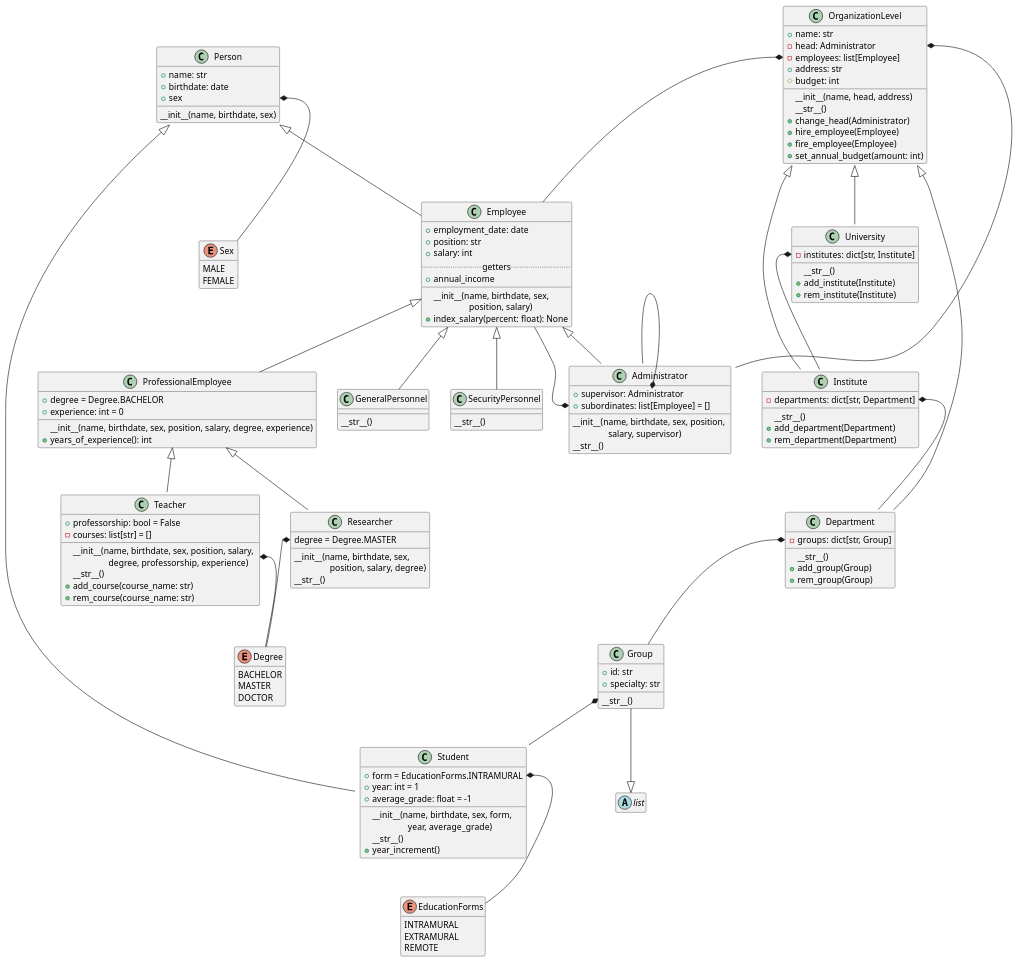
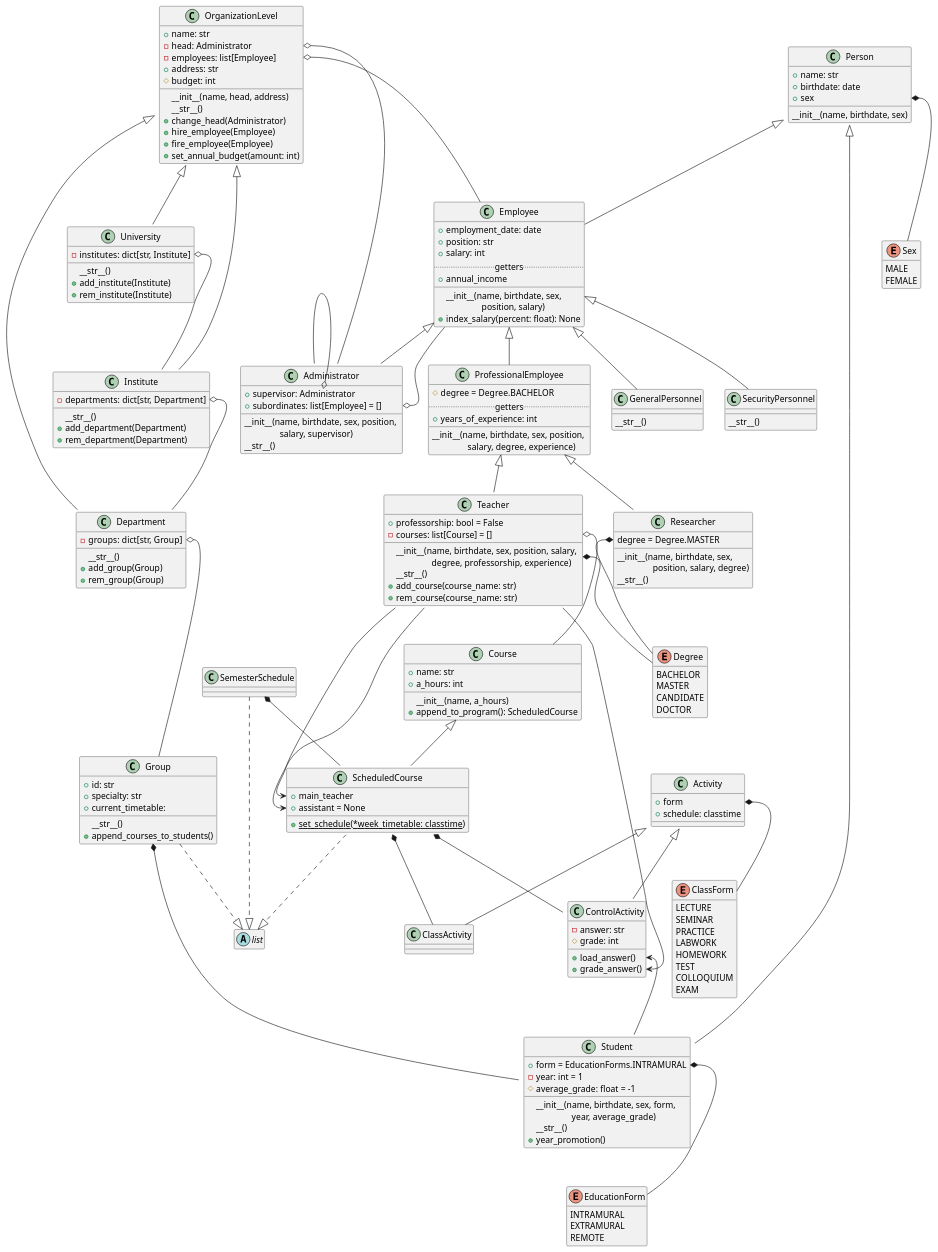
The diagram in university.puml (TOP-Python221/_scripts), drawn with PlantUML before and after one commit.

Commit message:
обновление и дополнение объектной модели Университета

```diff
--- a/university.puml
+++ b/university.puml
@@ -1,5 +1,6 @@
 @startuml
 'skinparam groupInheritance 3
+
 
 enum Sex {
     MALE
@@ -7,82 +8,45 @@
 }
 hide Sex empty members
 
+
 enum Degree {
     BACHELOR
     MASTER
+    CANDIDATE
     DOCTOR
 }
 hide Degree empty members
 
-enum EducationForms {
+
+enum EducationForm {
     INTRAMURAL
     EXTRAMURAL
     REMOTE
 }
-hide EducationForms empty members
+hide EducationForm empty members
 
 
-class Person {
-    +name: str
-    +birthdate: date
-    +sex
-    __init__(name, birthdate, sex)
+enum ClassForm {
+    LECTURE
+    SEMINAR
+    PRACTICE
+    LABWORK
+    HOMEWORK
+    TEST
+    COLLOQUIUM
+    EXAM
 }
+hide ClassForm empty members
 
-class Employee {
-    +employment_date: date
-    +position: str
-    +salary: int
-    .. getters ..
-    +annual_income
-    __
-    __init__(name, birthdate, sex, \n\t\tposition, salary)
-    +index_salary(percent: float): None
-}
 
-class ProfessionalEmployee {
-    +degree = Degree.BACHELOR
-    +experience: int = 0
-    __init__(name, birthdate, sex, position, salary, degree, experience)
-    +years_of_experience(): int
-}
+abstract list
+hide list empty members
 
-class Teacher {
-    +professorship: bool = False
-    -courses: list[str] = []
-    __init__(name, birthdate, sex, position, salary, \n\t\tdegree, professorship, experience)
-    __str__()
-    +add_course(course_name: str)
-    +rem_course(course_name: str)
-}
 
-class Researcher {
-    degree = Degree.MASTER
-    __init__(name, birthdate, sex, \n\t\tposition, salary, degree)
-    __str__()
-}
+abstract dict
+hide dict empty members
+hide dict
 
-class GeneralPersonnel
-GeneralPersonnel : __str__()
-
-class SecurityPersonnel
-SecurityPersonnel : __str__()
-
-class Administrator {
-    +supervisor: Administrator
-    +subordinates: list[Employee] = []
-    __init__(name, birthdate, sex, position, \n\t\tsalary, supervisor)
-    __str__()
-}
-
-class Student {
-    +form = EducationForms.INTRAMURAL
-    +year: int = 1
-    +average_grade: float = -1
-    __init__(name, birthdate, sex, form, \n\t\tyear, average_grade)
-    __str__()
-    +year_increment()
-}
 
 
 class OrganizationLevel {
@@ -98,6 +62,14 @@
     +fire_employee(Employee)
     +set_annual_budget(amount: int)
 }
+OrganizationLevel <|-- University
+OrganizationLevel <|-- Institute
+OrganizationLevel <|-- Department
+OrganizationLevel::head o-- Administrator
+OrganizationLevel::employees o-- Employee
+
+University::institutes o-- Institute
+
 
 class University {
     -institutes: dict[str, Institute]
@@ -106,12 +78,15 @@
     +rem_institute(Institute)
 }
 
+
 class Institute {
     -departments: dict[str, Department]
     __str__()
     +add_department(Department)
     +rem_department(Department)
 }
+Institute::departments o-- Department
+
 
 class Department {
     -groups: dict[str, Group]
@@ -119,47 +94,158 @@
     +add_group(Group)
     +rem_group(Group)
 }
+Department::groups o-- Group
 
 
-abstract list
 class Group {
     +id: str
     +specialty: str
+    +current_timetable:
+    __str__()
+    +append_courses_to_students()
+}
+Group ..|> list
+Group *-- Student
+
+
+
+class SemesterSchedule
+SemesterSchedule ..|> list
+SemesterSchedule *-- ScheduledCourse
+
+
+class Course {
+    +name: str
+    +a_hours: int
+    __init__(name, a_hours)
+    +append_to_program(): ScheduledCourse
+}
+Course <|-- ScheduledCourse
+
+
+class ScheduledCourse {
+'    +schedule: list[Activity]
+    +main_teacher
+    +assistant = None
+    {static} +set_schedule(*week_timetable: classtime)
+}
+ScheduledCourse ..|> list
+ScheduledCourse *-- ClassActivity
+ScheduledCourse *-- ControlActivity
+ScheduledCourse::main_teacher <-- Teacher
+ScheduledCourse::assistant <-- Teacher
+'note left of ScheduledCourse::schedule
+'    classtime = tuple[datetime, timedelta]
+'end note
+
+
+class Activity {
+    +form
+    +schedule: classtime
+}
+Activity <|-- ClassActivity
+Activity <|-- ControlActivity
+Activity::form *-- ClassForm
+
+
+class ClassActivity
+
+
+class ControlActivity {
+    -answer: str
+    #grade: int
+    +load_answer()
+    +grade_answer()
+}
+ControlActivity::load_answer <-- Student
+ControlActivity::grade_answer <-- Teacher
+
+
+
+class Student {
+    +form = EducationForms.INTRAMURAL
+    -year: int = 1
+    #average_grade: float = -1
+    __init__(name, birthdate, sex, form, \n\t\tyear, average_grade)
+    __str__()
+    +year_promotion()
+}
+Student::form *-- EducationForm
+
+
+class Teacher {
+    +professorship: bool = False
+    -courses: list[Course] = []
+    __init__(name, birthdate, sex, position, salary, \n\t\tdegree, professorship, experience)
+    __str__()
+    +add_course(course_name: str)
+    +rem_course(course_name: str)
+}
+Teacher::degree *-- Degree
+Teacher::courses o-- Course
+
+
+class Researcher {
+    degree = Degree.MASTER
+    __init__(name, birthdate, sex, \n\t\tposition, salary, degree)
     __str__()
 }
-hide list empty members
+Researcher::degree *-- Degree
 
 
-OrganizationLevel <|-- University
-OrganizationLevel <|-- Institute
-OrganizationLevel <|-- Department
+class ProfessionalEmployee {
+    #degree = Degree.BACHELOR
+    .. getters ..
+    +years_of_experience: int
+    __
+    __init__(name, birthdate, sex, position, \n\t\tsalary, degree, experience)
+}
+ProfessionalEmployee <|-- Teacher
+ProfessionalEmployee <|-- Researcher
 
-University::institutes *-- Institute
-Institute::departments *-- Department
-Department::groups *-- Group
 
-OrganizationLevel::head *-- Administrator
-OrganizationLevel::employees *-- Employee
+class Administrator {
+    +supervisor: Administrator
+    +subordinates: list[Employee] = []
+    __init__(name, birthdate, sex, position, \n\t\tsalary, supervisor)
+    __str__()
+}
+Administrator::supervisor o-- Administrator
+Administrator::subordinates o-- Employee
 
-Group --|> list
-Group *-- Student
 
+class GeneralPersonnel
+GeneralPersonnel : __str__()
+
+class SecurityPersonnel
+SecurityPersonnel : __str__()
+
+
+class Employee {
+    +employment_date: date
+    +position: str
+    +salary: int
+    .. getters ..
+    +annual_income
+    __
+    __init__(name, birthdate, sex, \n\t\tposition, salary)
+    +index_salary(percent: float): None
+}
+Employee <|-- SecurityPersonnel
+Employee <|-- GeneralPersonnel
+Employee <|-- Administrator
+Employee <|-- ProfessionalEmployee
+
+
+class Person {
+    +name: str
+    +birthdate: date
+    +sex
+    __init__(name, birthdate, sex)
+}
 Person::sex *-- Sex
 Person <|-- Employee
-Employee <|-- Administrator
-Employee <|-- ProfessionalEmployee
-Employee <|-- SecurityPersonnel
-Employee <|-- GeneralPersonnel
-ProfessionalEmployee <|-- Teacher
-ProfessionalEmployee <|-- Researcher
 Person <|-- Student
 
-Teacher::degree *-- Degree
-Researcher::degree *-- Degree
-
-Administrator::supervisor *-- Administrator
-Administrator::subordinates *-- Employee
-
-Student::form *-- EducationForms
 
 @enduml
```
